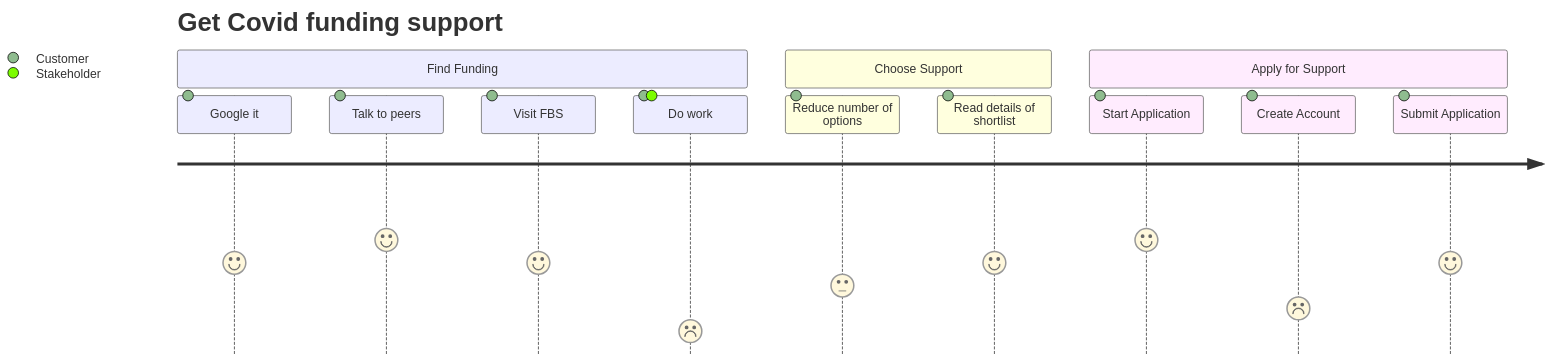
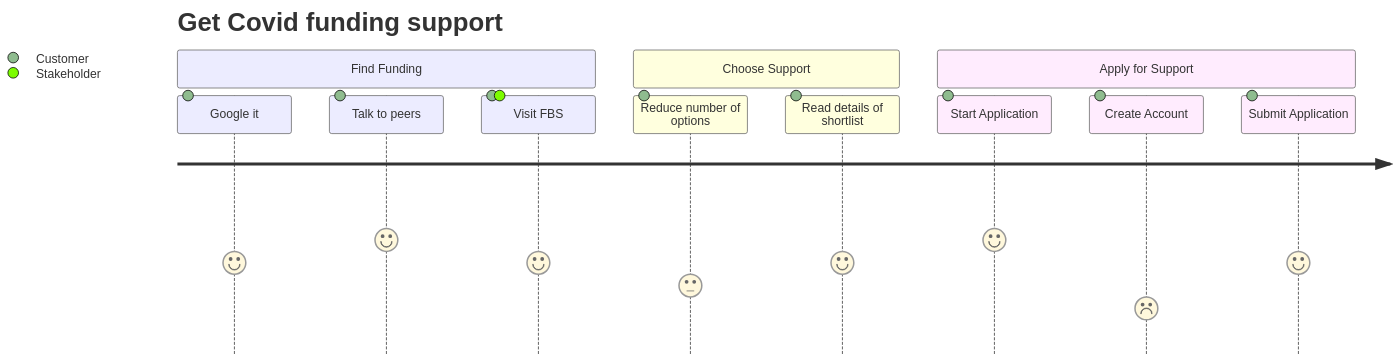
Before and after one commit to scotentSD/testing: the second of 6 diagrams in journey.md, drawn with Mermaid. The commit also changed other lines of this file, not shown here.

```diff
--- a/journey.md
+++ b/journey.md
@@ -41,16 +51,15 @@
 <div class="mermaid">
 journey
     title Get Covid funding support
     section Find Funding
       Google it: 4: Customer
       Talk to peers: 5: Customer
-      Visit FBS: 4: Customer
-      Do work: 1: Customer, Stakeholder
+      Visit FBS: 4: Customer, Stakeholder
     section Choose Support
       Reduce number of options: 3: Customer
       Read details of shortlist: 4: Customer
     section Apply for Support
       Start Application: 5: Customer
       Create Account: 2: Customer
       Submit Application: 4: Customer
 </div>
```
